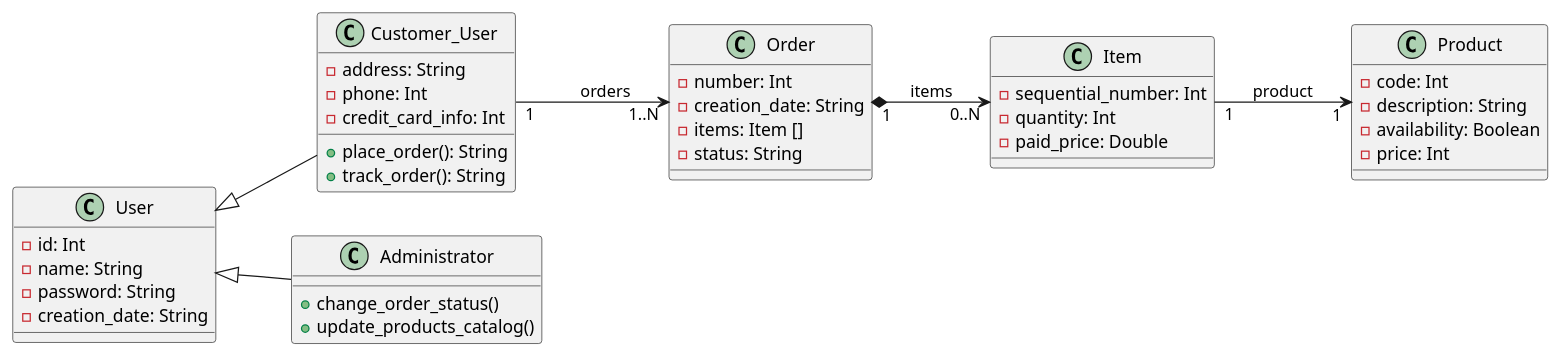
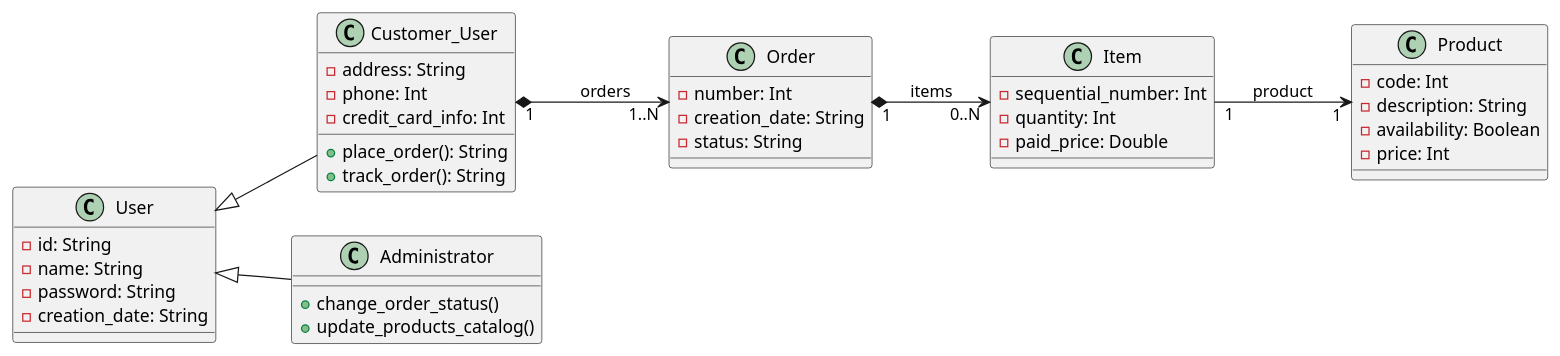
The diagram in uml/class.wsd (Kylertk21/SolSystems), drawn with PlantUML before and after one commit. The commit also changed 2 other files, not shown here.

```diff
--- a/uml/class.wsd
+++ b/uml/class.wsd
@@ -1,51 +1,50 @@
 @startuml design
 
 left to right direction
 
 class User{
-    -id: Int
+    -id: String
     -name: String
     -password: String
     -creation_date: String
 }
 
 class Customer_User{
     -address: String
     -phone: Int
     -credit_card_info: Int
     +place_order(): String
     +track_order(): String
 }
 
 class Product{
     -code: Int
     -description: String
     -availability: Boolean
     -price: Int
 }
 
 class Order{
     -number: Int
-    -creation_date: String
-    -items: Item []
+    -creation_date: String                                                                                                     
     -status: String
 }
 
 class Item{
     -sequential_number: Int
     -quantity: Int
     -paid_price: Double 
 }
 
 class Administrator{
     +change_order_status()
     +update_products_catalog()
 }
 
 User <|-- Customer_User
 User <|-- Administrator 
-Customer_User "1" --> "1..N" Order : orders
+Customer_User "1" *--> "1..N" Order : orders
 Item "1" --> "1" Product : product
 Order "1" *--> "0..N" Item : items 
 
 @enduml
```
